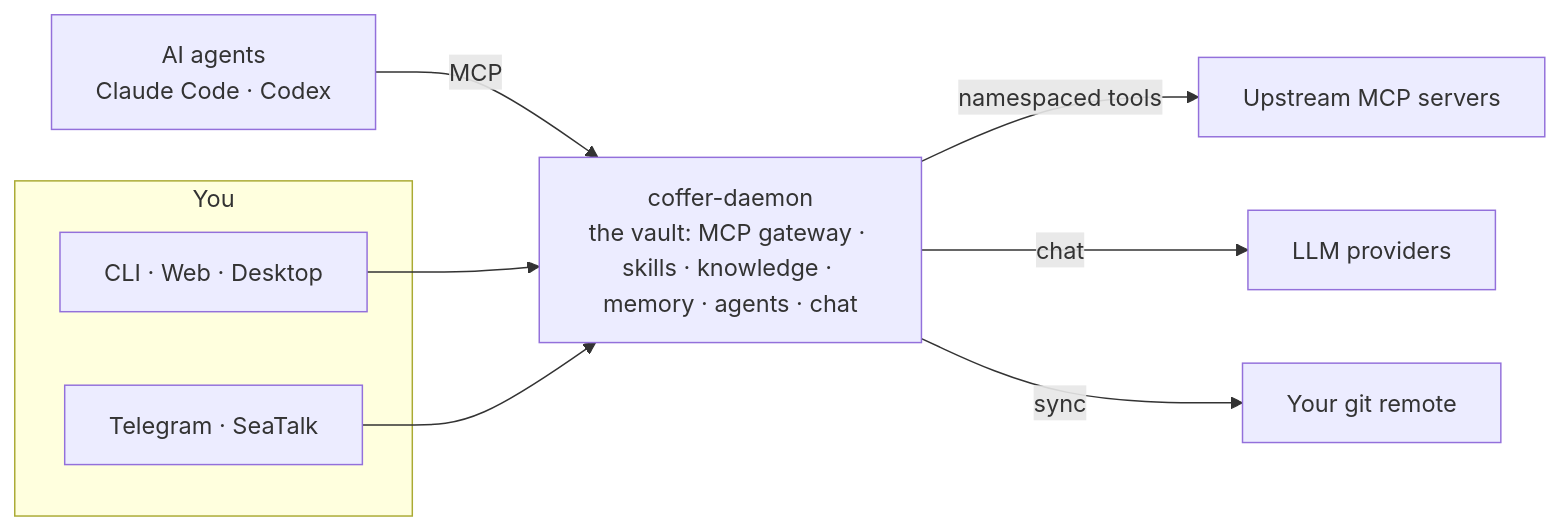
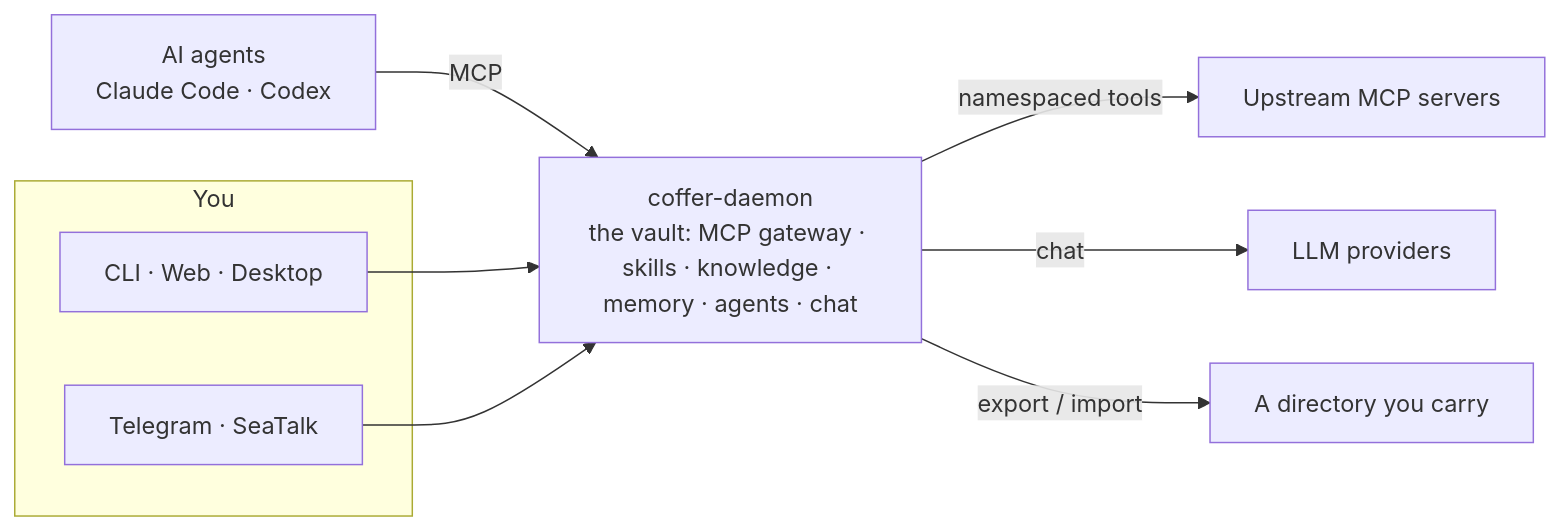
One commit to wyx-sg/Coffer changed the diagram in docs-site/index.md. Above: the diagram before and after it, drawn with Mermaid. The commit also changed other lines of this file and 226 other files, not shown here.

````diff
--- a/docs-site/index.md
+++ b/docs-site/index.md
@@ -31,14 +31,14 @@
 ```mermaid
 flowchart LR
   subgraph You["You"]
     UI["CLI · Web · Desktop"]
     IM["Telegram · SeaTalk"]
   end
   A["AI agents<br/>Claude Code · Codex"] -->|MCP| D
   UI --> D
   IM --> D
   D["coffer-daemon<br/>the vault: MCP gateway · skills · knowledge · memory · agents · chat"]
   D -->|namespaced tools| U["Upstream MCP servers"]
   D -->|chat| L["LLM providers"]
-  D -->|sync| G["Your git remote"]
+  D -->|export / import| G["A directory you carry"]
 ```
````
